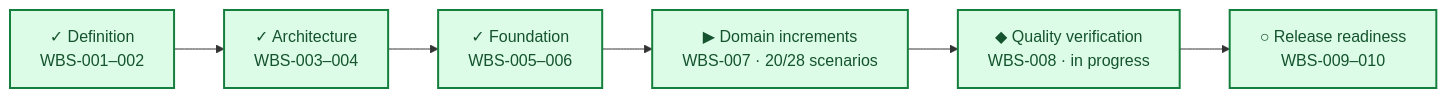
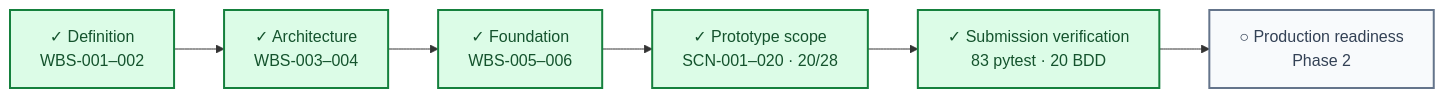
Before and after one commit to stoarch/testA2: the diagram in DASHBOARD/PROGRESS.md, drawn with Mermaid. The commit also changed other lines of this file and 4 other files, not shown here.

````diff
--- a/DASHBOARD/PROGRESS.md
+++ b/DASHBOARD/PROGRESS.md
@@ -7,11 +7,13 @@
 ```mermaid
 flowchart LR
     M1["✓ Definition<br/>WBS-001–002"] --> M2["✓ Architecture<br/>WBS-003–004"]
     M2 --> M3["✓ Foundation<br/>WBS-005–006"]
-    M3 --> M4["▶ Domain increments<br/>WBS-007 · 20/28 scenarios"]
-    M4 --> M5["◆ Quality verification<br/>WBS-008 · in progress"]
-    M5 --> M6["○ Release readiness<br/>WBS-009–010"]
+    M3 --> M4["✓ Prototype scope<br/>SCN-001–020 · 20/28"]
+    M4 --> M5["✓ Submission verification<br/>83 pytest · 20 BDD"]
+    M5 --> M6["○ Production readiness<br/>Phase 2"]
 
     classDef done fill:#dcfce7,stroke:#15803d,color:#14532d,stroke-width:2px;
-    class M1,M2,M3,M4,M5,M6 done;
+    classDef planned fill:#f8fafc,stroke:#64748b,color:#334155,stroke-width:2px;
+    class M1,M2,M3,M4,M5 done;
+    class M6 planned;
 ```
````
